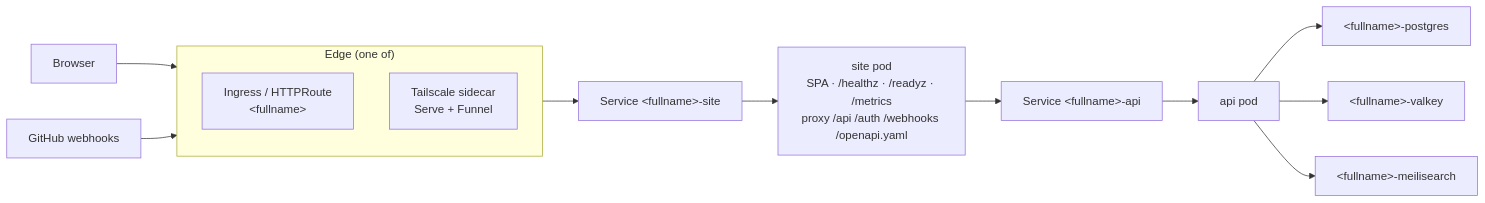
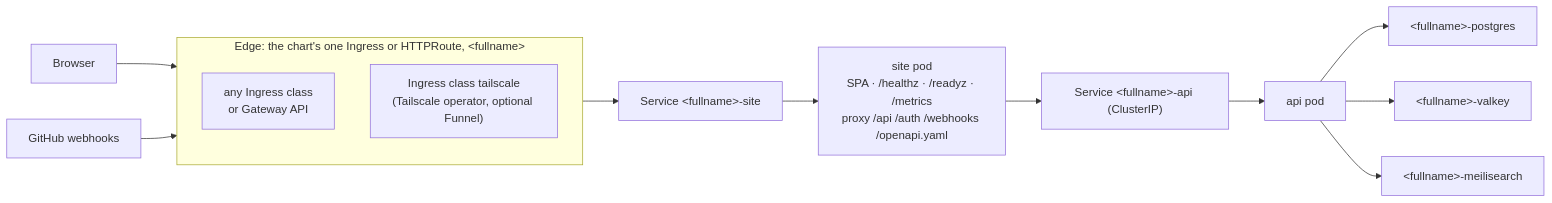
Before and after one commit to donaldgifford/docz: the second of 4 diagrams in docs/design/0018-one-helm-chart-for-docz-chartsdocz-replaces-docz-api-and-docz.md, drawn with Mermaid. The commit also changed other lines of this file, not shown here.

````diff
--- a/docs/design/0018-one-helm-chart-for-docz-chartsdocz-replaces-docz-api-and-docz.md
+++ b/docs/design/0018-one-helm-chart-for-docz-chartsdocz-replaces-docz-api-and-docz.md
@@ -371,16 +431,16 @@
 ```mermaid
 flowchart LR
   U["Browser"] --> E
   GH["GitHub webhooks"] --> E
-  subgraph E["Edge (one of)"]
-    I["Ingress / HTTPRoute<br/>&lt;fullname&gt;"]
-    T["Tailscale sidecar<br/>Serve + Funnel"]
+  subgraph E["Edge: the chart's one Ingress or HTTPRoute, &lt;fullname&gt;"]
+    I["any Ingress class<br/>or Gateway API"]
+    T["Ingress class tailscale<br/>(Tailscale operator, optional Funnel)"]
   end
   E --> SS["Service &lt;fullname&gt;-site"]
   SS --> SP["site pod<br/>SPA · /healthz · /readyz · /metrics<br/>proxy /api /auth /webhooks /openapi.yaml"]
-  SP --> AS["Service &lt;fullname&gt;-api"]
+  SP --> AS["Service &lt;fullname&gt;-api (ClusterIP)"]
   AS --> AP["api pod"]
   AP --> PG["&lt;fullname&gt;-postgres"]
   AP --> VK["&lt;fullname&gt;-valkey"]
   AP --> MS["&lt;fullname&gt;-meilisearch"]
 ```
````
